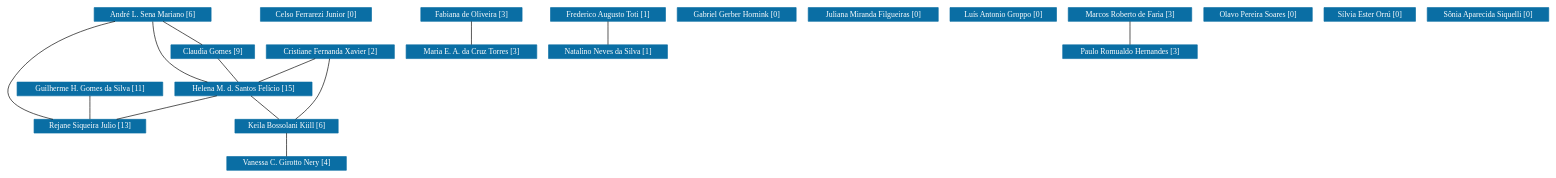
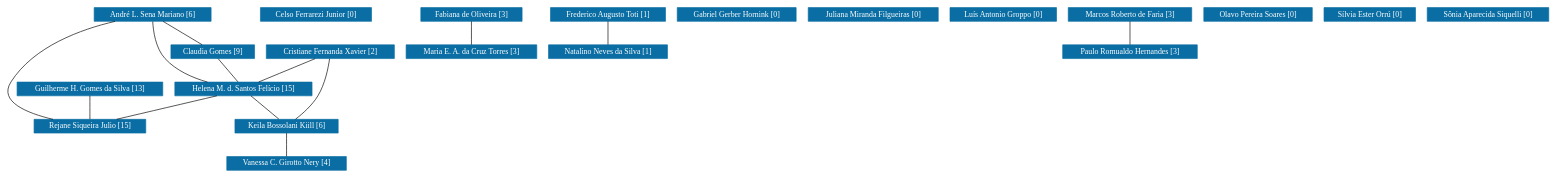
The diagram in PPGE/grafoDeColaboracoesSemPesos.dot (icamps/unifal-lattes.github.io), drawn with Graphviz before and after one commit. The commit also changed 846 other files, not shown here.

```diff
--- a/PPGE/grafoDeColaboracoesSemPesos.dot
+++ b/PPGE/grafoDeColaboracoesSemPesos.dot
@@ -1,171 +1,171 @@
 strict graph grafo1 {
 	graph [bb="0,0,1966.6,249",
 		id=grafo1,
 		overlap=False
 	];
 	node [fontsize=12,
 		label="\N",
 		shape=rectangle,
 		style=filled
 	];
 	0	 [URL="membro-1707973773263725.html",
 		color="#0A6EA4",
 		fontcolor="#FFFFFF",
 		height=0.29167,
 		label="André L. Sena Mariano [6]",
 		pos="194.04,238.5",
 		width=2.0278];
 	2	 [URL="membro-0483616532104544.html",
 		color="#0A6EA4",
 		fontcolor="#FFFFFF",
 		height=0.29167,
 		label="Claudia Gomes [9]",
 		pos="276.04,181.5",
 		width=1.4861];
 	0 -- 2	 [pos="209.46,227.78 224.12,217.59 246.05,202.35 260.69,192.17"];
 	8	 [URL="membro-8888651090922749.html",
 		color="#0A6EA4",
 		fontcolor="#FFFFFF",
 		height=0.29167,
 		label="Helena M. d. Santos Felício [15]",
 		pos="312.04,124.5",
 		width=2.375];
 	0 -- 8	 [pos="194.39,227.63 195.4,213.12 199.19,187.35 213.04,171 227.89,153.47 250.82,142.12 270.88,135.03"];
 	17	 [URL="membro-1798884495942862.html",
 		color="#0A6EA4",
 		fontcolor="#FFFFFF",
 		height=0.29167,
-		label="Rejane Siqueira Julio [13]",
+		label="Rejane Siqueira Julio [15]",
 		pos="117.04,67.5",
 		width=1.9306];
 	0 -- 17	 [pos="153.7,227.94 110.89,214.34 45.452,186.13 16.039,135 0,107.12 38.911,88.505 72.996,78.008"];
 	2 -- 8	 [pos="282.81,170.78 289.25,160.59 298.87,145.35 305.3,135.17"];
 	8 -- 17	 [pos="275.82,113.91 240.79,103.67 188.03,88.25 153.07,78.031"];
 	10	 [URL="membro-3094025825865221.html",
 		color="#0A6EA4",
 		fontcolor="#FFFFFF",
 		height=0.29167,
 		label="Keila Bossolani Kiill [6]",
 		pos="369.04,67.5",
 		width=1.8194];
 	8 -- 10	 [pos="322.76,113.78 332.95,103.59 348.19,88.348 358.37,78.173"];
 	20	 [URL="membro-1898701586881222.html",
 		color="#0A6EA4",
 		fontcolor="#FFFFFF",
 		height=0.29167,
 		label="Vanessa C. Girotto Nery [4]",
 		pos="369.04,10.5",
 		width=2.0694];
 	10 -- 20	 [pos="369.04,56.779 369.04,46.588 369.04,31.348 369.04,21.173"];
 	1	 [URL="membro-6396955256879565.html",
 		color="#0A6EA4",
 		fontcolor="#FFFFFF",
 		height=0.29167,
 		label="Celso Ferrarezi Junior [0]",
 		pos="405.04,238.5",
 		width=1.9167];
 	3	 [URL="membro-3768499838856176.html",
 		color="#0A6EA4",
 		fontcolor="#FFFFFF",
 		height=0.29167,
 		label="Cristiane Fernanda Xavier [2]",
 		pos="426.04,181.5",
 		width=2.1944];
 	3 -- 8	 [pos="404.86,170.91 384.39,160.67 353.54,145.25 333.1,135.03"];
 	3 -- 10	 [pos="424.22,170.97 421.57,157.27 415.86,132.86 406.04,114 398.99,100.46 387.72,87.032 379.47,78.114"];
 	4	 [URL="membro-9670033909365792.html",
 		color="#0A6EA4",
 		fontcolor="#FFFFFF",
 		height=0.29167,
 		label="Fabiana de Oliveira [3]",
 		pos="605.04,238.5",
 		width=1.7361];
 	13	 [URL="membro-9989867717454257.html",
 		color="#0A6EA4",
 		fontcolor="#FFFFFF",
 		height=0.29167,
 		label="Maria E. A. da Cruz Torres [3]",
 		pos="605.04,181.5",
 		width=2.2778];
 	4 -- 13	 [pos="605.04,227.78 605.04,217.59 605.04,202.35 605.04,192.17"];
 	5	 [URL="membro-5154949759339458.html",
 		color="#0A6EA4",
 		fontcolor="#FFFFFF",
 		height=0.29167,
 		label="Frederico Augusto Toti [1]",
 		pos="778.04,238.5",
 		width=1.9861];
 	14	 [URL="membro-8701722710780673.html",
 		color="#0A6EA4",
 		fontcolor="#FFFFFF",
 		height=0.29167,
 		label="Natalino Neves da Silva [1]",
 		pos="778.04,181.5",
 		width=2.0278];
 	5 -- 14	 [pos="778.04,227.78 778.04,217.59 778.04,202.35 778.04,192.17"];
 	6	 [URL="membro-7615930937088442.html",
 		color="#0A6EA4",
 		fontcolor="#FFFFFF",
 		height=0.29167,
 		label="Gabriel Gerber Hornink [0]",
 		pos="942.04,238.5",
 		width=2.0694];
 	7	 [URL="membro-5817829882396943.html",
 		color="#0A6EA4",
 		fontcolor="#FFFFFF",
 		height=0.29167,
-		label="Guilherme H. Gomes da Silva [11]",
+		label="Guilherme H. Gomes da Silva [13]",
 		pos="117.04,124.5",
 		width=2.5417];
 	7 -- 17	 [pos="117.04,113.78 117.04,103.59 117.04,88.348 117.04,78.173"];
 	9	 [URL="membro-8349741972184016.html",
 		color="#0A6EA4",
 		fontcolor="#FFFFFF",
 		height=0.29167,
 		label="Juliana Miranda Filgueiras [0]",
 		pos="1113.1,238.5",
 		width=2.1944];
 	11	 [URL="membro-4667459802757846.html",
 		color="#0A6EA4",
 		fontcolor="#FFFFFF",
 		height=0.29167,
 		label="Luís Antonio Groppo [0]",
 		pos="1278.1,238.5",
 		width=1.8889];
 	12	 [URL="membro-1615459773983790.html",
 		color="#0A6EA4",
 		fontcolor="#FFFFFF",
 		height=0.29167,
 		label="Marcos Roberto de Faria [3]",
 		pos="1440.1,238.5",
 		width=2.0972];
 	16	 [URL="membro-6774743936781093.html",
 		color="#0A6EA4",
 		fontcolor="#FFFFFF",
 		height=0.29167,
 		label="Paulo Romualdo Hernandes [3]",
 		pos="1440.1,181.5",
 		width=2.3194];
 	12 -- 16	 [pos="1440.1,227.78 1440.1,217.59 1440.1,202.35 1440.1,192.17"];
 	15	 [URL="membro-5381334650906335.html",
 		color="#0A6EA4",
 		fontcolor="#FFFFFF",
 		height=0.29167,
 		label="Olavo Pereira Soares [0]",
 		pos="1600.1,238.5",
 		width=1.8333];
 	18	 [URL="membro-0285349325152247.html",
 		color="#0A6EA4",
 		fontcolor="#FFFFFF",
 		height=0.29167,
 		label="Sílvia Ester Orrú [0]",
 		pos="1741.1,238.5",
 		width=1.5694];
 	19	 [URL="membro-7785849794300988.html",
 		color="#0A6EA4",
 		fontcolor="#FFFFFF",
 		height=0.29167,
 		label="Sônia Aparecida Siquelli [0]",
 		pos="1891.1,238.5",
 		width=2.0972];
 }
```
